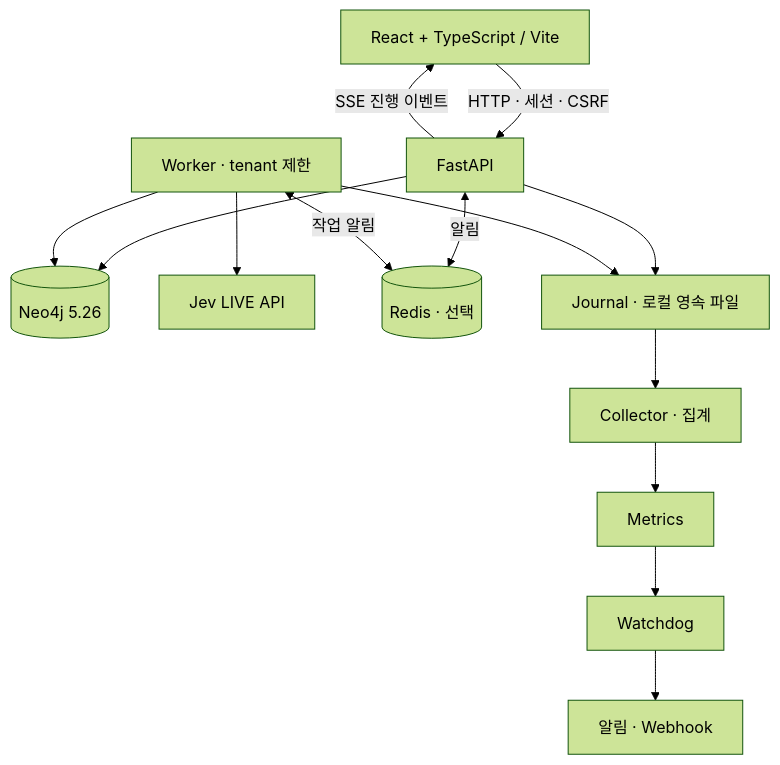
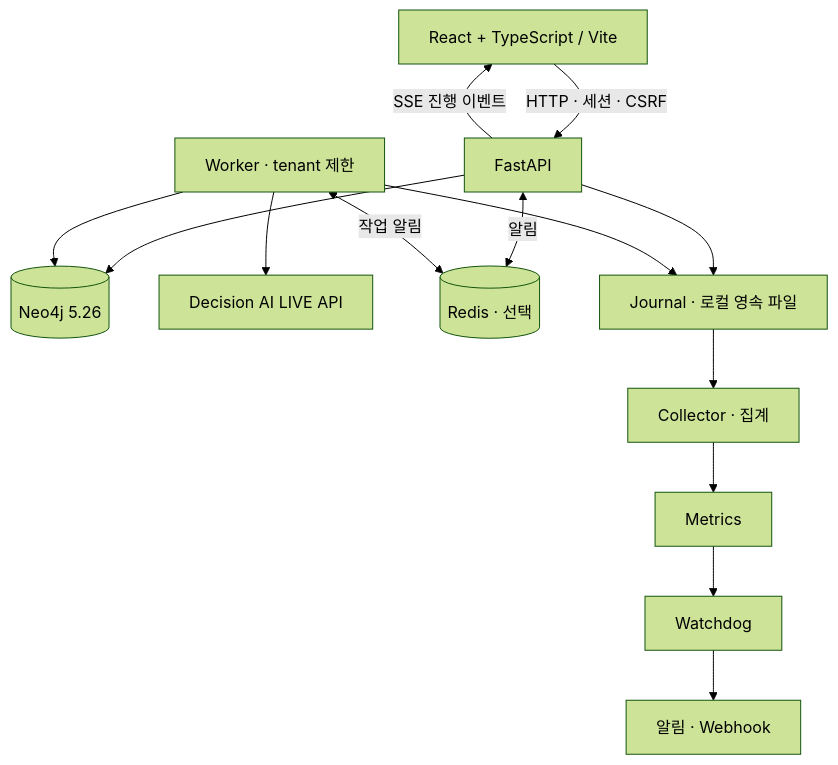
The second of 2 diagrams in README.md (sangwookp9591/decision-chat-bot), drawn with Mermaid (forest theme) before and after one commit. The commit also changed other lines of this file and 429 other files, not shown here.

````diff
--- a/README.md
+++ b/README.md
@@ -93,16 +93,16 @@
 ```mermaid
 flowchart TB
     UI["React + TypeScript / Vite"] -->|"HTTP · 세션 · CSRF"| API["FastAPI"]
     API -->|"SSE 진행 이벤트"| UI
     API --> DB[("Neo4j 5.26")]
     W["Worker · tenant 제한"] --> DB
-    W --> JEV["Jev LIVE API"]
+    W --> AI["Decision AI LIVE API"]
     API <-->|"알림"| REDIS[("Redis · 선택")]
     W <-->|"작업 알림"| REDIS
     API --> J["Journal · 로컬 영속 파일"]
     W --> J
     J --> C["Collector · 집계"]
     C --> M["Metrics"]
     M --> WD["Watchdog"]
     WD --> AL["알림 · Webhook"]
 ```
````
